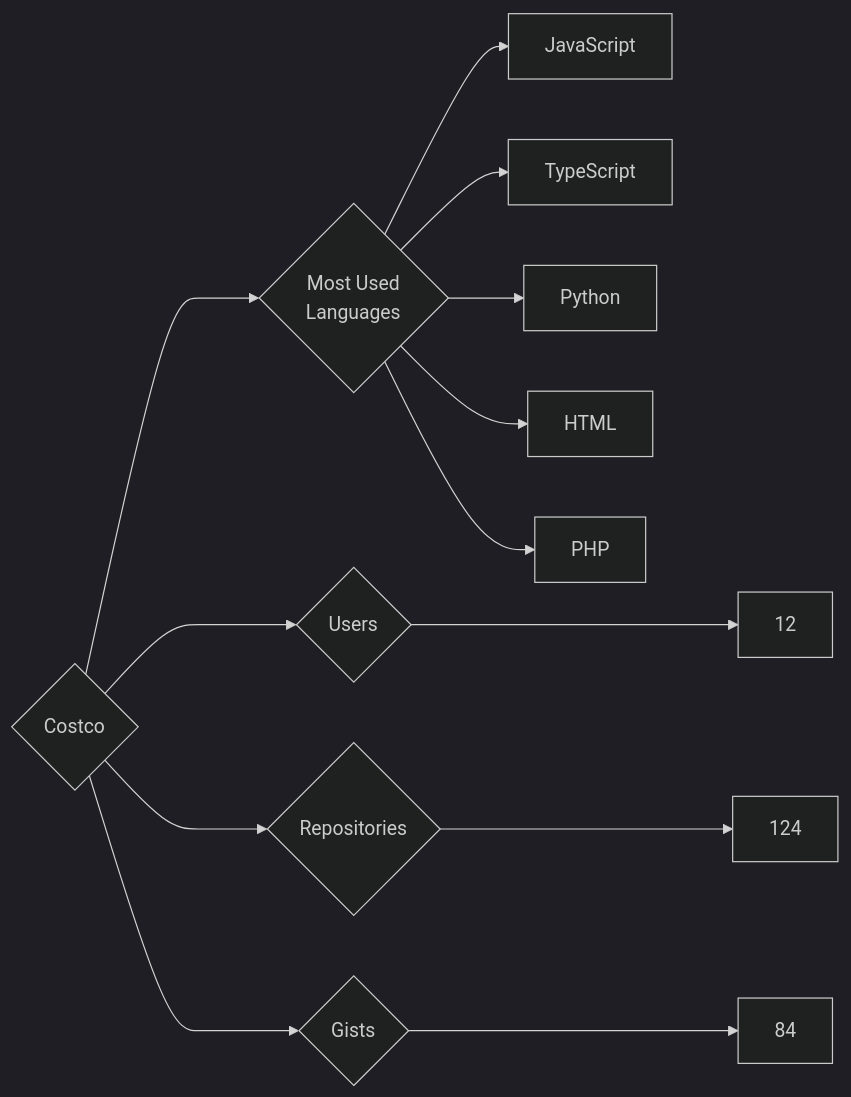
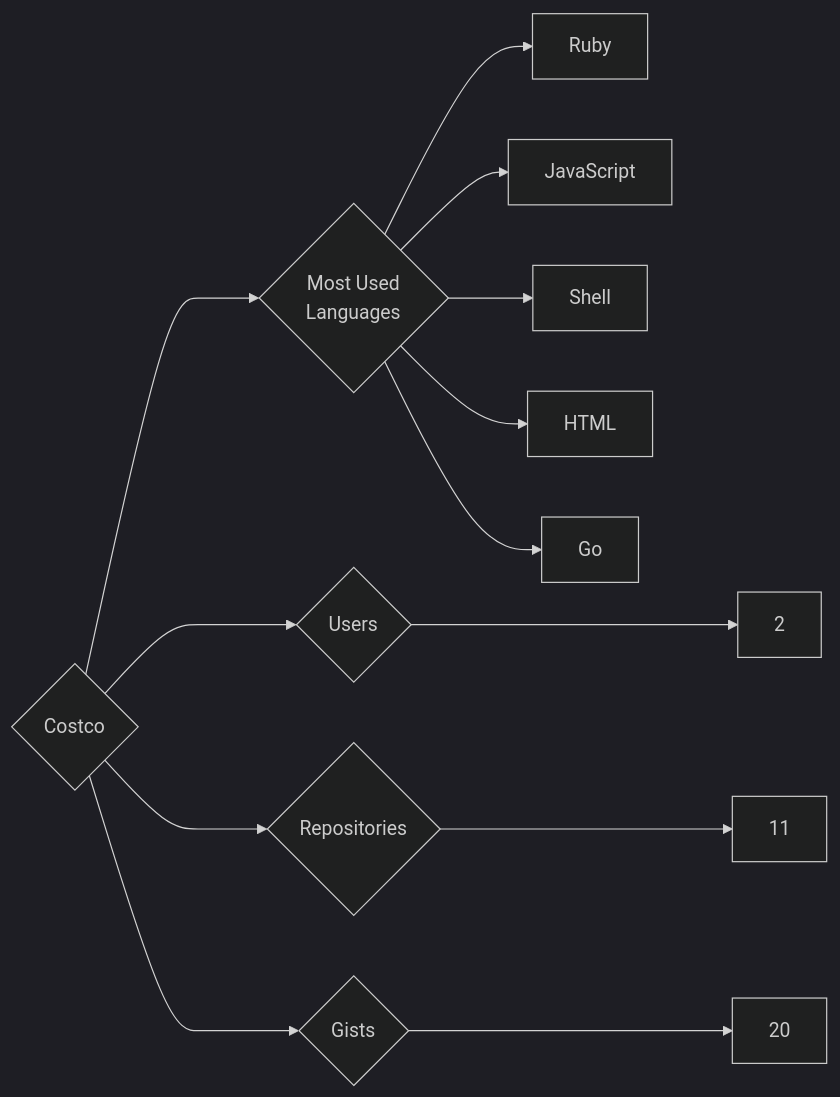
Before and after one commit to trickest/insiders: the diagram in targets/Costco/README.md, drawn with Mermaid (dark theme). The commit also changed 773 other files, not shown here.

````diff
--- a/targets/Costco/README.md
+++ b/targets/Costco/README.md
@@ -3,13 +3,13 @@
 ```mermaid
 graph LR
 COMPANY_NAME{Costco}
-COMPANY_NAME ---> U{Users} ---> UN[12]
-COMPANY_NAME ---> R{Repositories} ---> RN[124]
-COMPANY_NAME ---> G{Gists} ---> GN[84]
+COMPANY_NAME ---> U{Users} ---> UN[2]
+COMPANY_NAME ---> R{Repositories} ---> RN[11]
+COMPANY_NAME ---> G{Gists} ---> GN[20]
 COMPANY_NAME ---> ML{Most Used<br>Languages}
+ML --> Ruby[Ruby]
 ML --> JavaScript[JavaScript]
-ML --> TypeScript[TypeScript]
-ML --> Python[Python]
+ML --> Shell[Shell]
 ML --> HTML[HTML]
-ML --> PHP[PHP]
+ML --> Go[Go]
 ```
````
